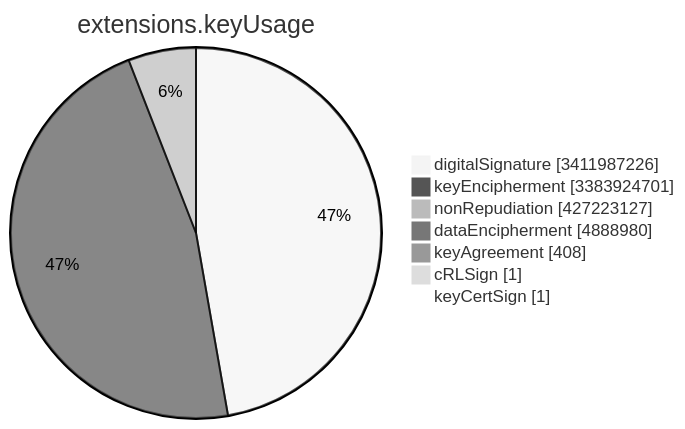
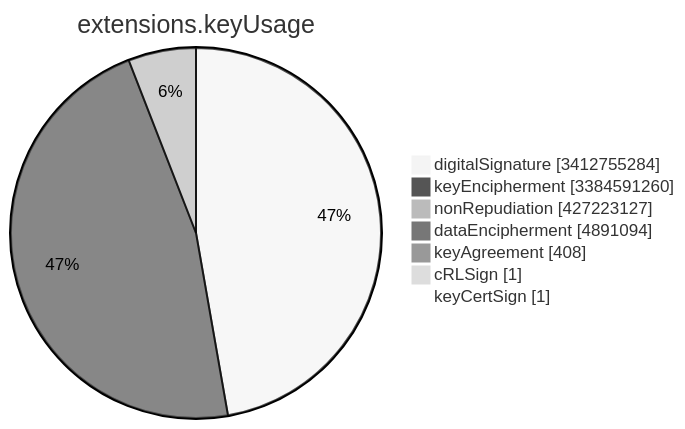
Before and after one commit to christiankrug/ctmonitor_visualization: the sixth of 15 diagrams in TOTAL/README.md, drawn with Mermaid (neutral theme). The commit also changed other lines of this file, not shown here.

````diff
--- a/TOTAL/README.md
+++ b/TOTAL/README.md
@@ -3081,11 +3081,11 @@
 ```mermaid
 pie showData
 title extensions.keyUsage
-"digitalSignature" :3411987226
-"keyEncipherment" :3383924701
+"digitalSignature" :3412755284
+"keyEncipherment" :3384591260
 "nonRepudiation" :427223127
-"dataEncipherment" :4888980
+"dataEncipherment" :4891094
 "keyAgreement" :408
 "cRLSign" :1
 "keyCertSign" :1
 ```
````
